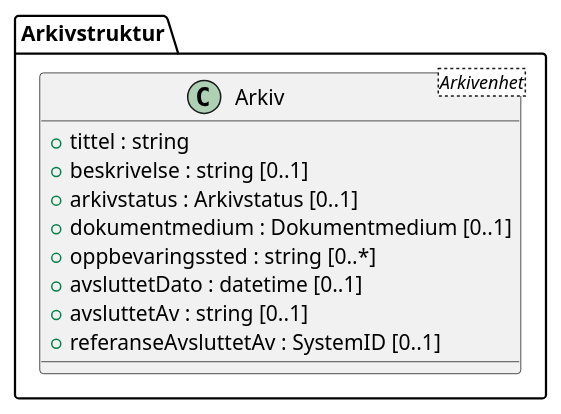
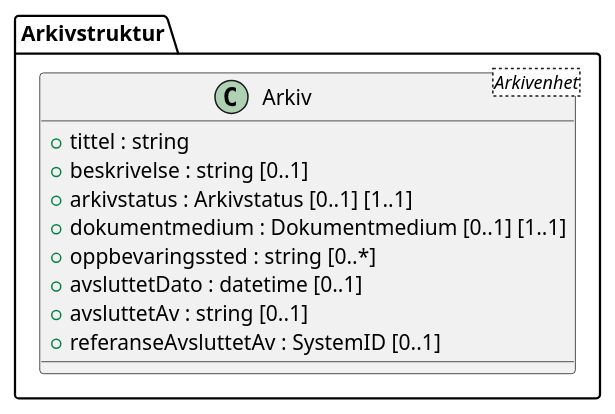
Before and after one commit to arkivverket/noark5-tjenestegrensesnitt-standard: the diagram in kapitler/media/uml-class-arkiv.iuml, drawn with PlantUML. The commit also changed 91 other files, not shown here.

```diff
--- a/kapitler/media/uml-class-arkiv.iuml
+++ b/kapitler/media/uml-class-arkiv.iuml
@@ -1,12 +1,12 @@
 @startuml
 class Arkivstruktur.Arkiv <Arkivenhet> {
   +tittel : string
   +beskrivelse : string [0..1]
-  +arkivstatus : Arkivstatus [0..1]
-  +dokumentmedium : Dokumentmedium [0..1]
+  +arkivstatus : Arkivstatus [0..1] [1..1]
+  +dokumentmedium : Dokumentmedium [0..1] [1..1]
   +oppbevaringssted : string [0..*]
   +avsluttetDato : datetime [0..1]
   +avsluttetAv : string [0..1]
   +referanseAvsluttetAv : SystemID [0..1]
 }
 @enduml
```
